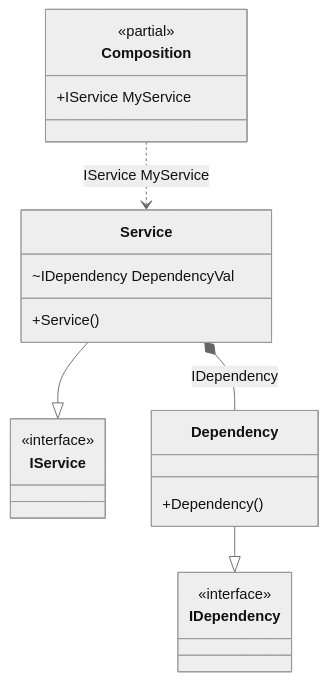
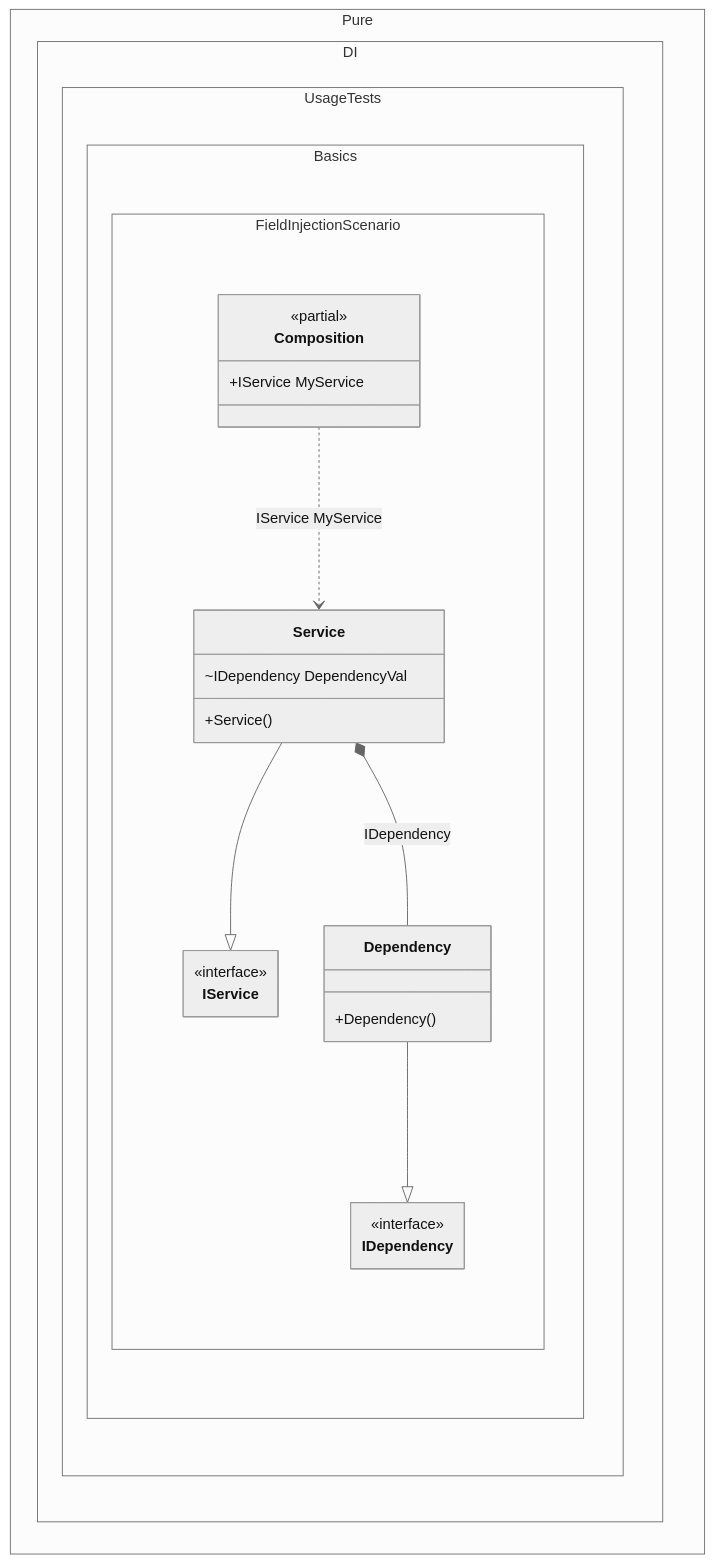
The diagram in readme/field-injection.md (DevTeam/Pure.DI), drawn with Mermaid (neutral theme) before and after one commit. The commit also changed 103 other files, not shown here.

Commit message:
Improved class diagrams

````diff
--- a/readme/field-injection.md
+++ b/readme/field-injection.md
@@ -73,24 +73,31 @@
 ```mermaid
+---
+ config:
+  class:
+   hideEmptyMembersBox: true
+---
 classDiagram
-	class Composition {
+	Service --|> IService
+	Dependency --|> IDependency
+	Composition ..> Service : IService MyService
+	Service *--  Dependency : IDependency
+	namespace Pure.DI.UsageTests.Basics.FieldInjectionScenario {
+		class Composition {
 		<<partial>>
 		+IService MyService
+		}
+		class Dependency {
+			+Dependency()
+		}
+		class IDependency {
+			<<interface>>
+		}
+		class IService {
+			<<interface>>
+		}
+		class Service {
+			+Service()
+			~IDependency DependencyVal
+		}
 	}
-	Service --|> IService
-	class Service {
-		+Service()
-		~IDependency DependencyVal
-	}
-	Dependency --|> IDependency
-	class Dependency {
-		+Dependency()
-	}
-	class IService {
-		<<interface>>
-	}
-	class IDependency {
-		<<interface>>
-	}
-	Composition ..> Service : IService MyService
-	Service *--  Dependency : IDependency
 ```
````
